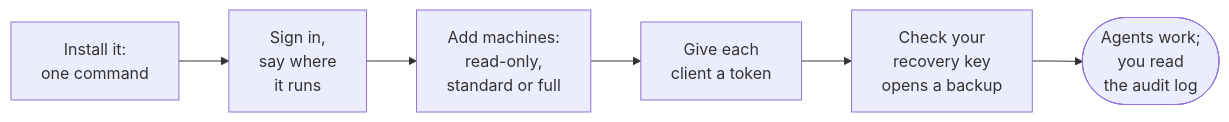
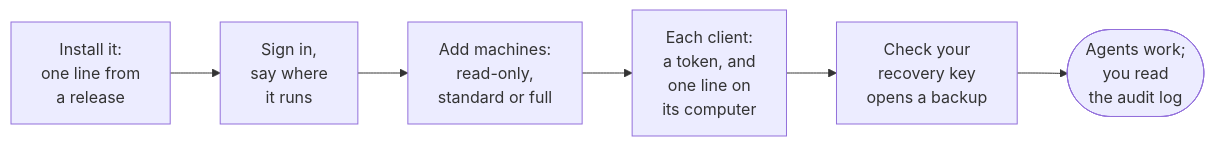
Before and after one commit to ASeabrook36/nervus: the third of 3 diagrams in README.md, drawn with Mermaid. The commit also changed other lines of this file and 52 other files, not shown here.

````diff
--- a/README.md
+++ b/README.md
@@ -172,9 +193,9 @@
 ```mermaid
 %%{init: {"flowchart": {"diagramPadding": 200}}}%%
 flowchart LR
-    s1["Install it:<br/>one command"] --> s2["Sign in,<br/>say where<br/>it runs"]
+    s1["Install it:<br/>one line from<br/>a release"] --> s2["Sign in,<br/>say where<br/>it runs"]
     s2 --> s3["Add machines:<br/>read-only,<br/>standard or full"]
-    s3 --> s4["Give each<br/>client a token"]
+    s3 --> s4["Each client:<br/>a token, and<br/>one line on<br/>its computer"]
     s4 --> s5["Check your<br/>recovery key<br/>opens a backup"]
     s5 --> s6(["Agents work;<br/>you read<br/>the audit log"])
 ```
````
